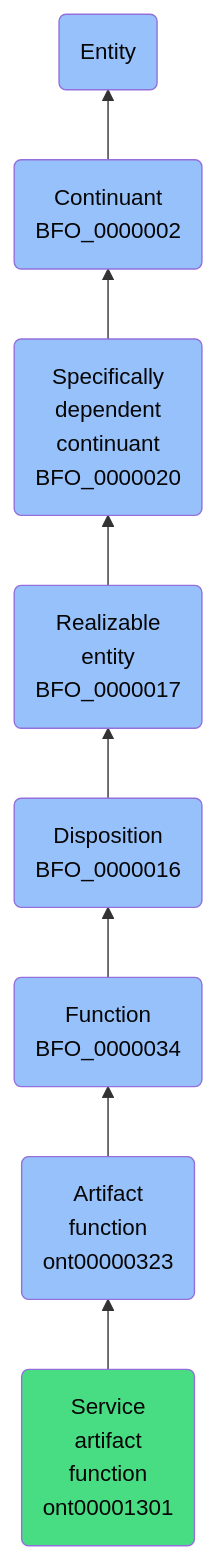
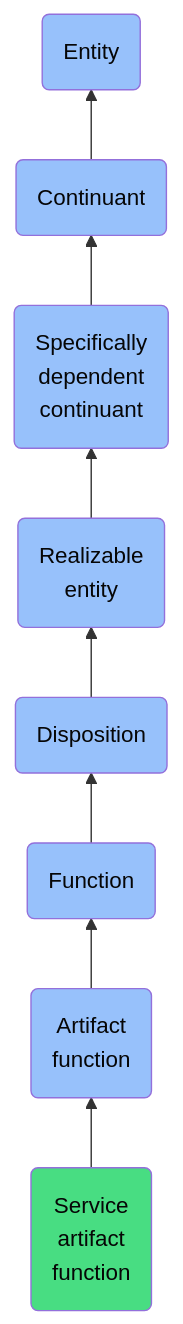
One commit to jupyter-naas/abi changed the diagram in docs/ontology/reference/model/Entity/Continuant/Specifically dependent continuant/Realizable entity/Disposition/Function/Artifact function/Service artifact function/Service artifact function.md. Above: the diagram before and after it, drawn with Mermaid. The commit also changed other lines of this file and 1430 other files, not shown here.

````diff
--- a/docs/ontology/reference/model/Entity/Continuant/Specifically dependent continuant/Realizable entity/Disposition/Function/Artifact function/Service artifact function/Service artifact function.md
+++ b/docs/ontology/reference/model/Entity/Continuant/Specifically dependent continuant/Realizable entity/Disposition/Function/Artifact function/Service artifact function/Service artifact function.md
@@ -24,15 +24,15 @@
 ```mermaid
 graph BT
-    ont00001301(Service<br>artifact<br>function<br>ont00001301):::ABI-->ont00000323
-    ont00000323(Artifact<br>function<br>ont00000323):::BFO-->BFO_0000034
-    BFO_0000034(Function<br>BFO_0000034):::BFO-->BFO_0000016
-    BFO_0000016(Disposition<br>BFO_0000016):::BFO-->BFO_0000017
-    BFO_0000017(Realizable<br>entity<br>BFO_0000017):::BFO-->BFO_0000020
-    BFO_0000020(Specifically<br>dependent<br>continuant<br>BFO_0000020):::BFO-->BFO_0000002
-    BFO_0000002(Continuant<br>BFO_0000002):::BFO-->BFO_0000001
+    ont00001301(Service<br>artifact<br>function):::ABI-->ont00000323
+    ont00000323(Artifact<br>function):::BFO-->BFO_0000034
+    BFO_0000034(Function):::BFO-->BFO_0000016
+    BFO_0000016(Disposition):::BFO-->BFO_0000017
+    BFO_0000017(Realizable<br>entity):::BFO-->BFO_0000020
+    BFO_0000020(Specifically<br>dependent<br>continuant):::BFO-->BFO_0000002
+    BFO_0000002(Continuant):::BFO-->BFO_0000001
     BFO_0000001(Entity):::BFO
     
     classDef BFO fill:#97c1fb,color:#060606
     classDef CCO fill:#e4c51e,color:#060606
     classDef ABI fill:#48DD82,color:#060606
 ```
````
